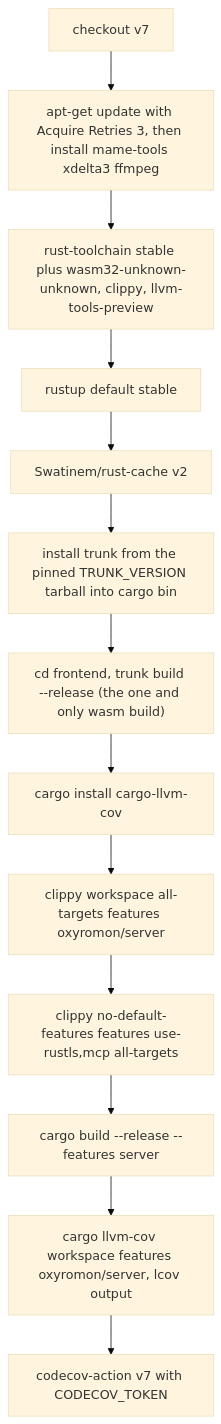
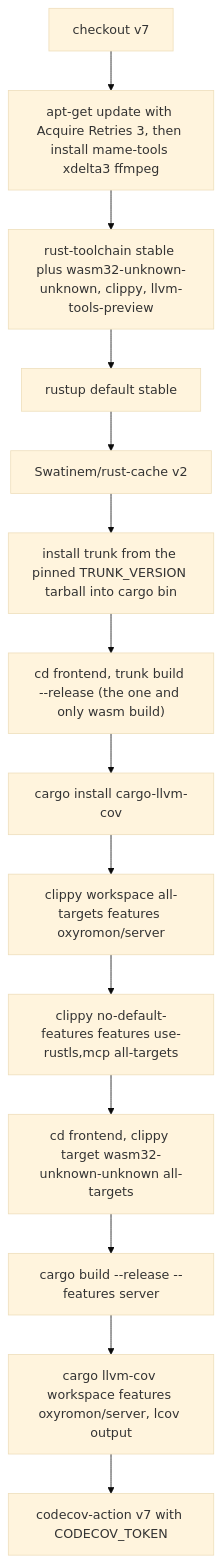
Before and after one commit to alucryd/oxyromon: the first of 2 diagrams in openwiki/operations/ci-and-environment.md, drawn with Mermaid (base theme). The commit also changed other lines of this file and 38 other files, not shown here.

````diff
--- a/openwiki/operations/ci-and-environment.md
+++ b/openwiki/operations/ci-and-environment.md
@@ -121,15 +121,16 @@
 ```mermaid
 flowchart TD
   CO["checkout v7"] --> APT["apt-get update with Acquire Retries 3, then install mame-tools xdelta3 ffmpeg"]
   APT --> TC["rust-toolchain stable plus wasm32-unknown-unknown, clippy, llvm-tools-preview"]
   TC --> DEF["rustup default stable"]
   DEF --> CACHE["Swatinem/rust-cache v2"]
   CACHE --> TRUNK["install trunk from the pinned TRUNK_VERSION tarball into cargo bin"]
   TRUNK --> UI["cd frontend, trunk build --release (the one and only wasm build)"]
   UI --> COV["cargo install cargo-llvm-cov"]
   COV --> L1["clippy workspace all-targets features oxyromon/server"]
   L1 --> L2["clippy no-default-features features use-rustls,mcp all-targets"]
-  L2 --> B["cargo build --release --features server"]
+  L2 --> L3["cd frontend, clippy target wasm32-unknown-unknown all-targets"]
+  L3 --> B["cargo build --release --features server"]
   B --> T["cargo llvm-cov workspace features oxyromon/server, lcov output"]
   T --> U["codecov-action v7 with CODECOV_TOKEN"]
 ```
````
